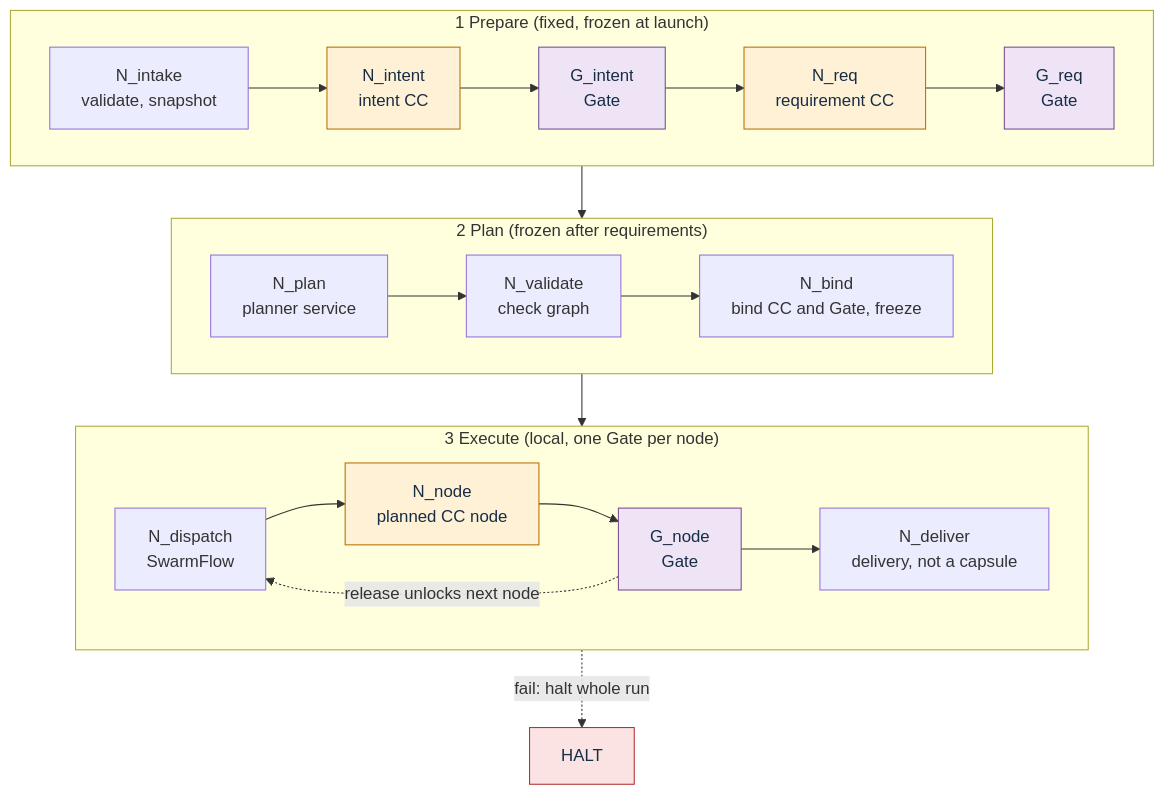
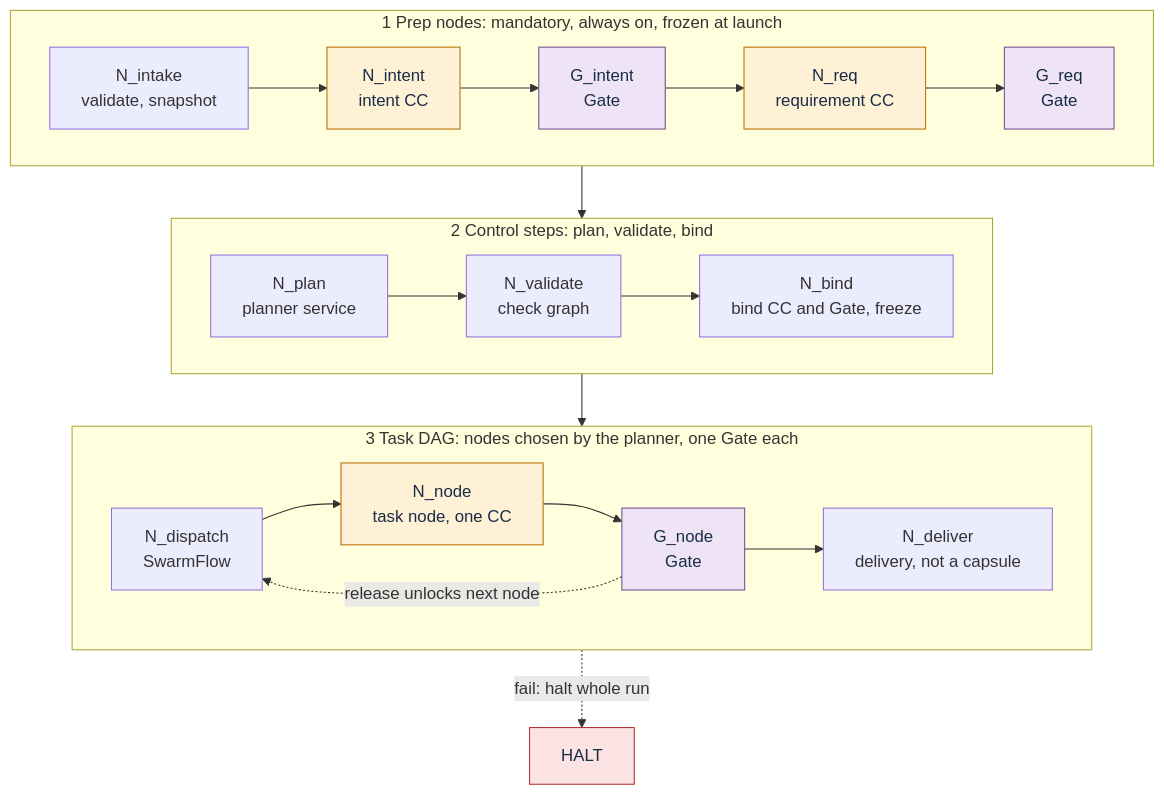
Before and after one commit to Stellven/jiuwenswarm: the first of 2 diagrams in docs/architecture/flow.md, drawn with Mermaid. The commit also changed other lines of this file and 36 other files, not shown here.

Commit message:
Preserve architecture library before intent-led simplification

````diff
--- a/docs/architecture/flow.md
+++ b/docs/architecture/flow.md
@@ -48,24 +48,24 @@
 ```mermaid
 flowchart TB
-  subgraph PREP["1 Prepare (fixed, frozen at launch)"]
+  subgraph PREP["1 Prep nodes: mandatory, always on, frozen at launch"]
     direction LR
     N_intake["N_intake<br/>validate, snapshot"] --> N_intent["N_intent<br/>intent CC"] --> G_intent["G_intent<br/>Gate"] --> N_req["N_req<br/>requirement CC"] --> G_req["G_req<br/>Gate"]
   end
-  subgraph PLAN["2 Plan (frozen after requirements)"]
+  subgraph PLAN["2 Control steps: plan, validate, bind"]
     direction LR
     N_plan["N_plan<br/>planner service"] --> N_validate["N_validate<br/>check graph"] --> N_bind["N_bind<br/>bind CC and Gate, freeze"]
   end
-  subgraph EXEC["3 Execute (local, one Gate per node)"]
+  subgraph EXEC["3 Task DAG: nodes chosen by the planner, one Gate each"]
     direction LR
-    N_dispatch["N_dispatch<br/>SwarmFlow"] --> N_node["N_node<br/>planned CC node"] --> G_node["G_node<br/>Gate"] --> N_deliver["N_deliver<br/>delivery, not a capsule"]
+    N_dispatch["N_dispatch<br/>SwarmFlow"] --> N_node["N_node<br/>task node, one CC"] --> G_node["G_node<br/>Gate"] --> N_deliver["N_deliver<br/>delivery, not a capsule"]
   end
   PREP --> PLAN --> EXEC
   G_node -.->|"release unlocks next node"| N_dispatch
   G_node -.->|"fail: halt whole run"| HALT["HALT"]
   classDef cc fill:#FFF1D6,stroke:#B86E00,color:#172D45;
   classDef gate fill:#EEE4F6,stroke:#754A91,color:#172D45;
   classDef halt fill:#FBE3E3,stroke:#B03030,color:#172D45;
   class N_intent,N_req,N_node cc;
   class G_intent,G_req,G_node gate;
   class HALT halt;
 ```
````
